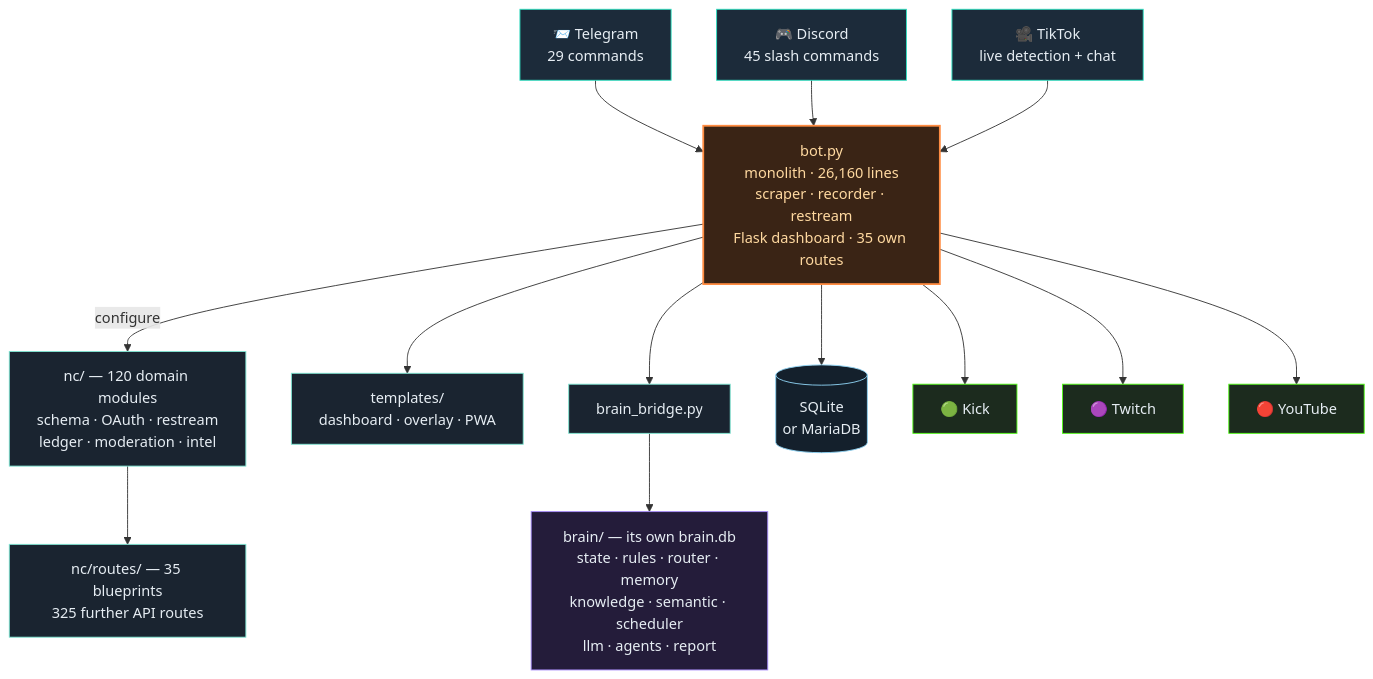
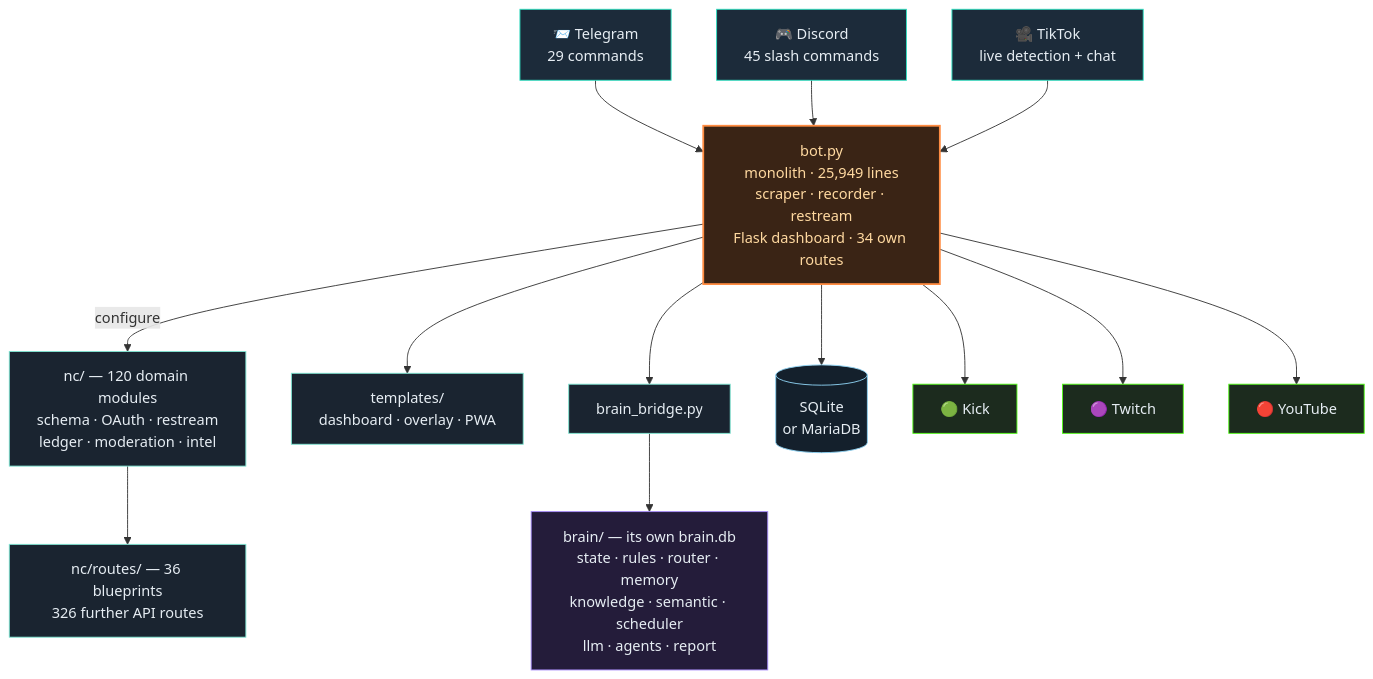
One commit to itsamemedev/Telegram-Stream-Info-Bot changed the third of 4 diagrams in README.en.md. Above: the diagram before and after it, drawn with Mermaid. The commit also changed other lines of this file and 9 other files, not shown here.

````diff
--- a/README.en.md
+++ b/README.en.md
@@ -190,30 +190,30 @@
 ```mermaid
 flowchart TB
     TG["📨 Telegram<br/>29 commands"]:::ein
     DC["🎮 Discord<br/>45 slash commands"]:::ein
     TT["🎥 TikTok<br/>live detection + chat"]:::ein
 
     TG --> BOT
     DC --> BOT
     TT --> BOT
 
-    BOT["bot.py<br/>monolith · 26,160 lines<br/>scraper · recorder · restream<br/>Flask dashboard · 35 own routes"]:::core
+    BOT["bot.py<br/>monolith · 25,949 lines<br/>scraper · recorder · restream<br/>Flask dashboard · 34 own routes"]:::core
 
     BOT -->|configure| NC["nc/ — 120 domain modules<br/>schema · OAuth · restream<br/>ledger · moderation · intel"]:::lib
-    NC --> RT["nc/routes/ — 35 blueprints<br/>325 further API routes"]:::lib
+    NC --> RT["nc/routes/ — 36 blueprints<br/>326 further API routes"]:::lib
     BOT --> TPL["templates/<br/>dashboard · overlay · PWA"]:::lib
     BOT --> BR["brain_bridge.py"]:::lib
     BR --> BRAIN["brain/ — its own brain.db<br/>state · rules · router · memory<br/>knowledge · semantic · scheduler<br/>llm · agents · report"]:::brain
     BOT --> DB[("SQLite<br/>or MariaDB")]:::db
 
     BOT --> KICK["🟢 Kick"]:::out
     BOT --> TW["🟣 Twitch"]:::out
     BOT --> YT["🔴 YouTube"]:::out
 
     classDef ein fill:#1c2b3a,stroke:#2de1c2,color:#e6edf3
     classDef core fill:#3a2415,stroke:#ff8c42,stroke-width:2px,color:#ffd9a0
     classDef lib fill:#1a2430,stroke:#7fe7d4,color:#e6edf3
     classDef brain fill:#241c3a,stroke:#a78bfa,color:#e6edf3
     classDef db fill:#14202c,stroke:#8fd3f4,color:#e6edf3
     classDef out fill:#1c2b1e,stroke:#53fc18,color:#e6edf3
 ```
````
